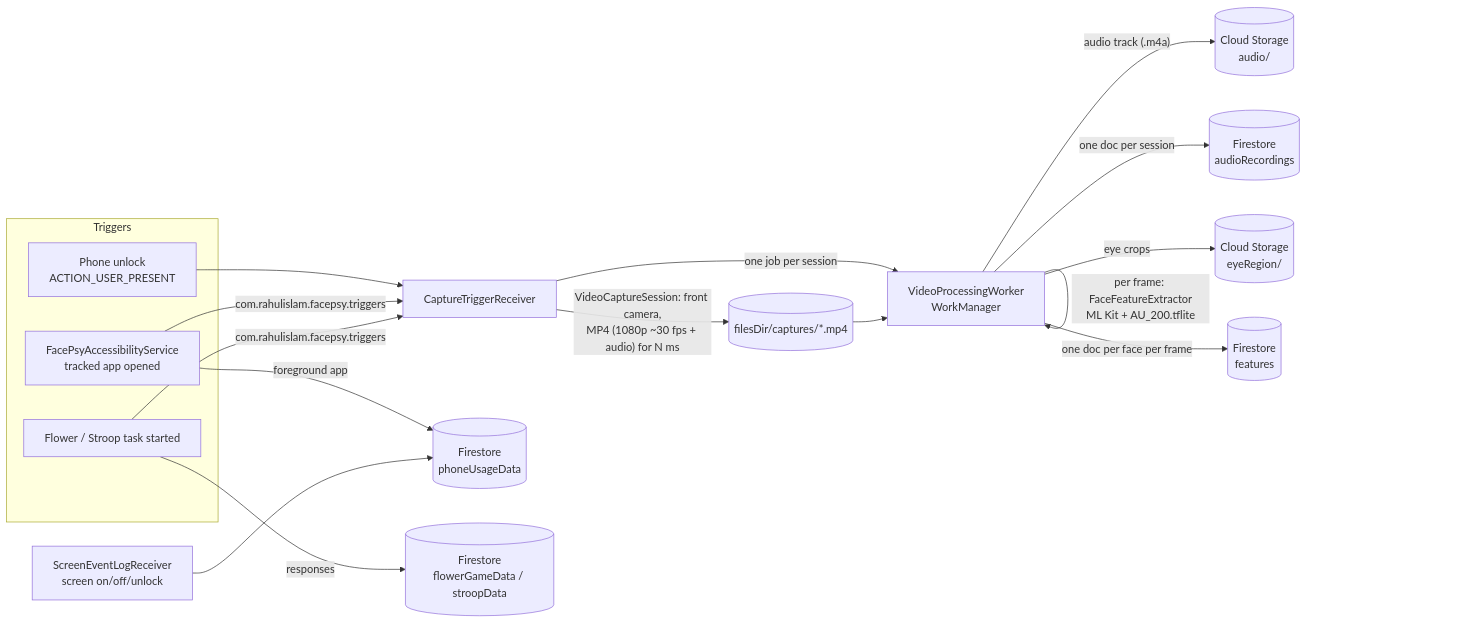
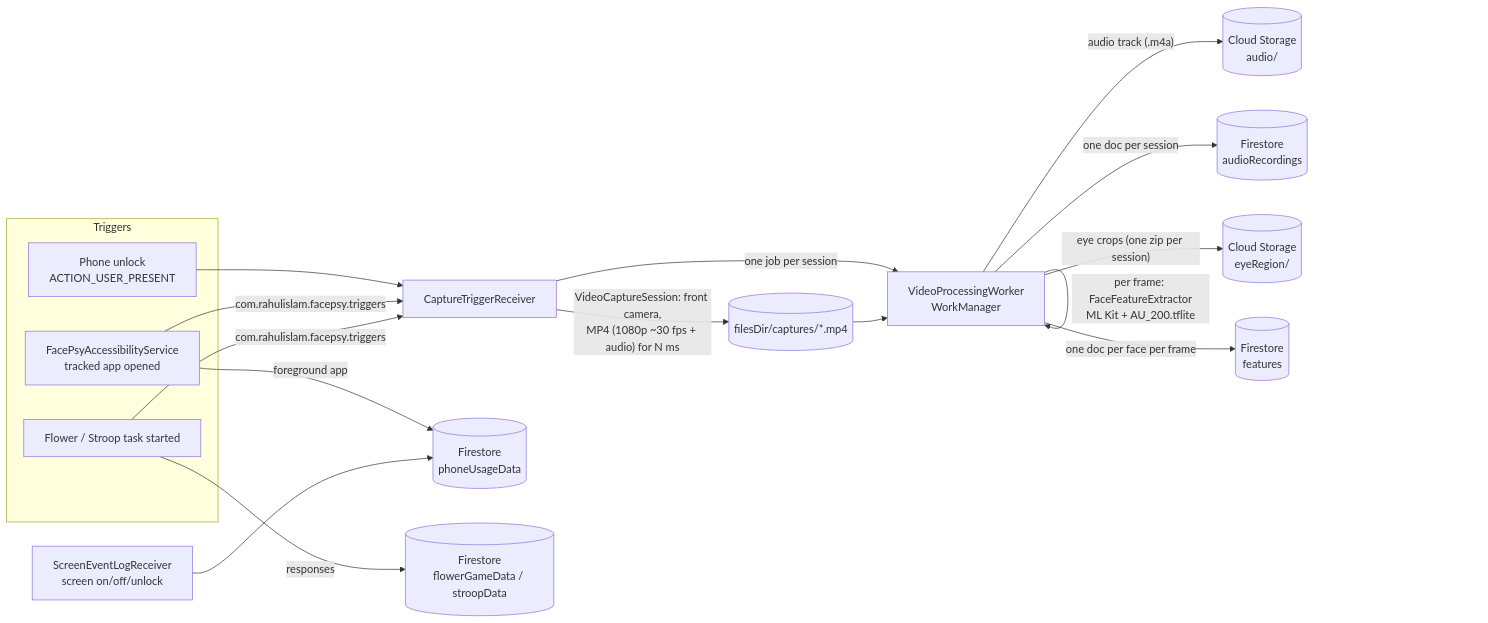
One commit to rahul-islam/FacePsy changed the first of 2 diagrams in docs/architecture.md. Above: the diagram before and after it, drawn with Mermaid. The commit also changed other lines of this file and 8 other files, not shown here.

First line of the commit message:
Upload a session's eye crops as one zip

````diff
--- a/docs/architecture.md
+++ b/docs/architecture.md
@@ -8,25 +8,25 @@
 ```mermaid
 flowchart LR
     subgraph Triggers
         U[Phone unlock<br/>ACTION_USER_PRESENT]
         A[FacePsyAccessibilityService<br/>tracked app opened]
         T[Flower / Stroop task started]
     end
 
     U --> R
     A -- "com.rahulislam.facepsy.triggers" --> R
     T -- "com.rahulislam.facepsy.triggers" --> R
 
     R[CaptureTriggerReceiver] -->|"VideoCaptureSession: front camera,<br/>MP4 (1080p ~30 fps + audio) for N ms"| V[(filesDir/captures/*.mp4)]
     R -->|"one job per session"| W[VideoProcessingWorker<br/>WorkManager]
     V --> W
     W -->|"audio track (.m4a)"| SA[(Cloud Storage<br/>audio/)]
     W -->|"one doc per session"| AR[(Firestore<br/>audioRecordings)]
     W -->|"per frame: FaceFeatureExtractor<br/>ML Kit + AU_200.tflite"| W
-    W -->|"eye crops"| S[(Cloud Storage<br/>eyeRegion/)]
+    W -->|"eye crops (one zip per session)"| S[(Cloud Storage<br/>eyeRegion/)]
     W -->|"one doc per face per frame"| FS[(Firestore<br/>features)]
 
     A -->|"foreground app"| PU[(Firestore<br/>phoneUsageData)]
     SE[ScreenEventLogReceiver<br/>screen on/off/unlock] --> PU
     T -->|"responses"| G[(Firestore<br/>flowerGameData / stroopData)]
 ```
````
